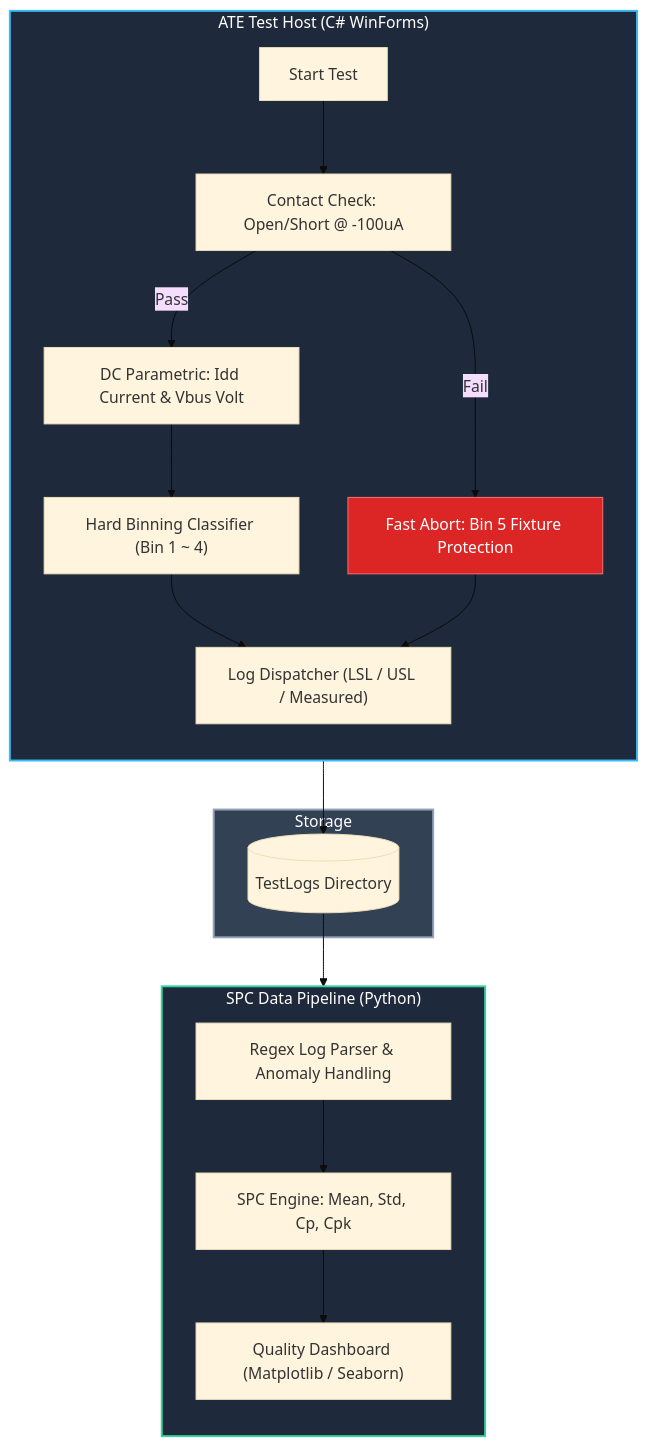
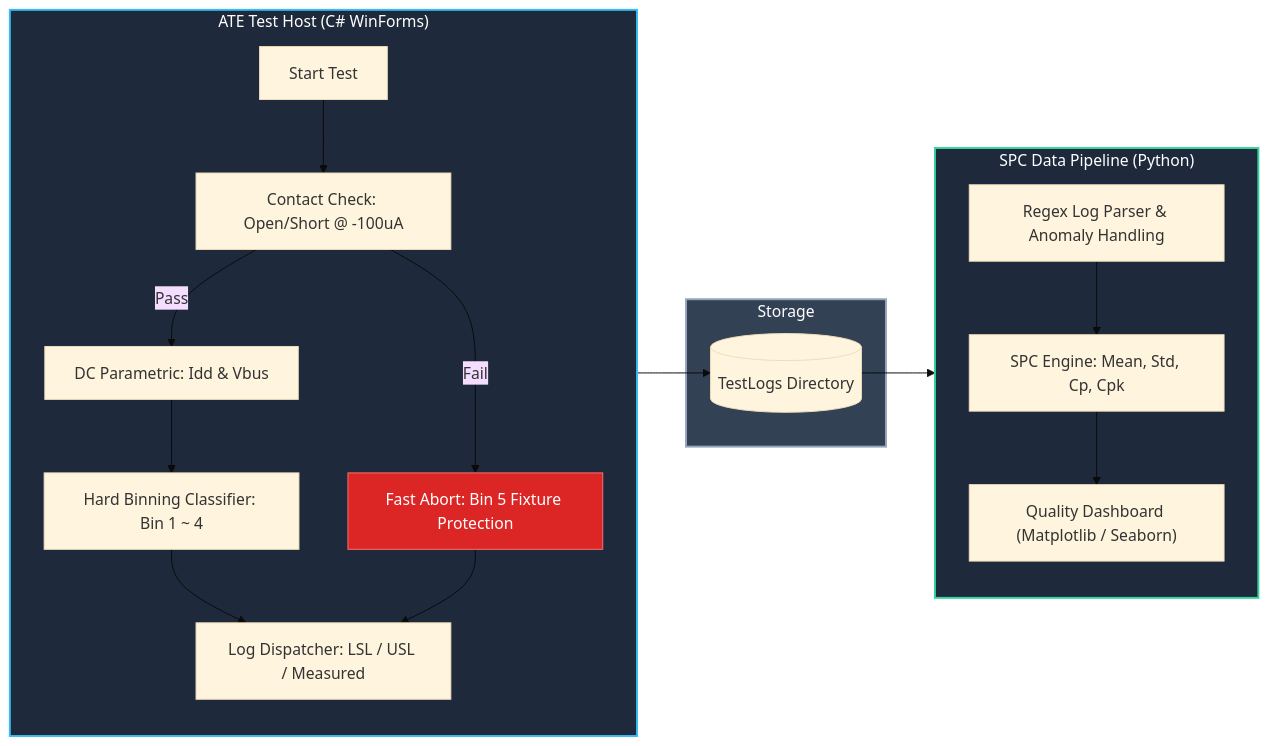
The diagram in README.md (waynewang168/Semiconductor-ATE-Control-and-SPC_up), drawn with Mermaid (base theme) before and after one commit. The commit also changed other lines of this file, not shown here.

````diff
--- a/README.md
+++ b/README.md
@@ -13,40 +13,32 @@
 ```mermaid
-flowchart TD
+flowchart LR
     subgraph Host["ATE Test Host (C# WinForms)"]
         direction TB
-        A["Start Test"]
-        B["Contact Check: Open/Short @ -100uA"]
-        B5["Fast Abort: Bin 5 Fixture Protection"]
-        C["DC Parametric: Idd Current & Vbus Volt"]
-        D["Hard Binning Classifier (Bin 1 ~ 4)"]
-        E["Log Dispatcher (LSL / USL / Measured)"]
-
-        A --> B
-        B -- Fail --> B5
-        B -- Pass --> C
-        C --> D
-        D --> E
+        A["Start Test"] --> B["Contact Check: Open/Short @ -100uA"]
+        B -- Fail --> B5["Fast Abort: Bin 5 Fixture Protection"]
+        B -- Pass --> C["DC Parametric: Idd & Vbus"]
+        C --> D["Hard Binning Classifier: Bin 1 ~ 4"]
+        D --> E["Log Dispatcher: LSL / USL / Measured"]
         B5 --> E
     end
 
     subgraph Storage["Storage"]
         F[("TestLogs Directory")]
-        E --> F
     end
 
     subgraph Analytics["SPC Data Pipeline (Python)"]
         direction TB
         G["Regex Log Parser & Anomaly Handling"]
         H["SPC Engine: Mean, Std, Cp, Cpk"]
         I["Quality Dashboard (Matplotlib / Seaborn)"]
+        G --> H --> I
+    end
 
-        F --> G
-        G --> H
-        H --> I
-    end
+    E --> F
+    F --> G
 
     style Host fill:#1e293b,stroke:#38bdf8,stroke-width:2px,color:#fff
     style Analytics fill:#1e293b,stroke:#34d399,stroke-width:2px,color:#fff
     style Storage fill:#334155,stroke:#94a3b8,stroke-width:2px,color:#fff
     style B5 fill:#dc2626,stroke:#f87171,color:#fff
 ```
````
